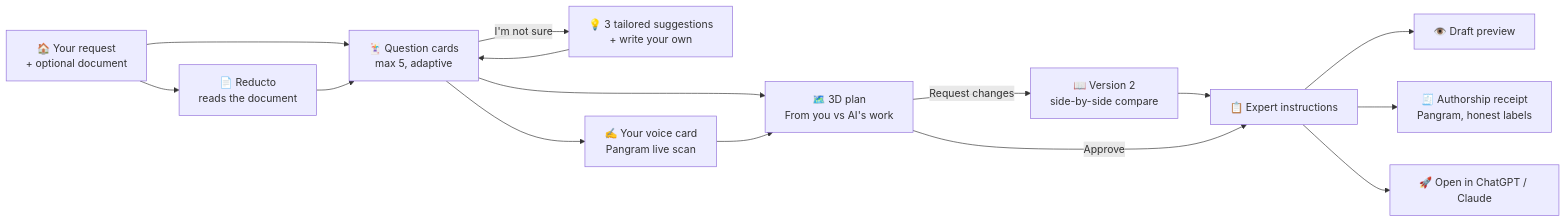
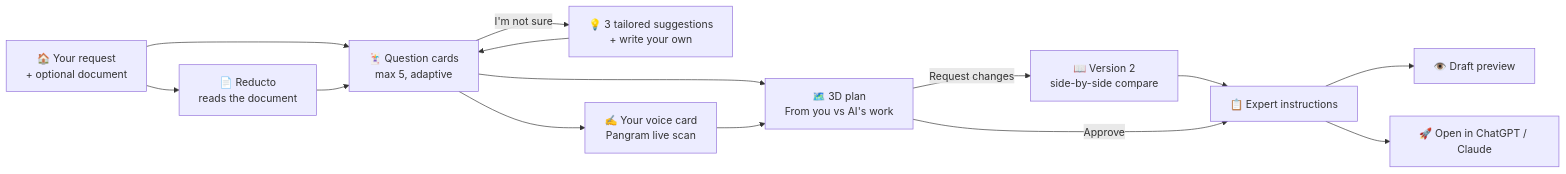
The diagram in README.md (AKilalours/AskmeFirst), drawn with Mermaid before and after one commit. The commit also changed other lines of this file and 1 other file, not shown here.

Commit message:
Remove Pangram labels from voice card and receipt

````diff
--- a/README.md
+++ b/README.md
@@ -77,17 +76,16 @@
 ```mermaid
 flowchart LR
     A["🏠 Your request<br/>+ optional document"] --> B["📄 Reducto<br/>reads the document"]
     A --> C["🃏 Question cards<br/>max 5, adaptive"]
     B --> C
     C -->|"I'm not sure"| S["💡 3 tailored suggestions<br/>+ write your own"]
     S --> C
     C --> P["🗺️ 3D plan<br/>From you vs AI's work"]
     C --> W["✍️ Your voice card<br/>Pangram live scan"]
     W --> P
     P -->|Request changes| P2["📖 Version 2<br/>side-by-side compare"]
     P2 --> H
     P -->|Approve| H["📋 Expert instructions"]
     H --> V["👁️ Draft preview"]
-    H --> R["🧾 Authorship receipt<br/>Pangram, honest labels"]
     H --> O["🚀 Open in ChatGPT / Claude"]
 ```
````
